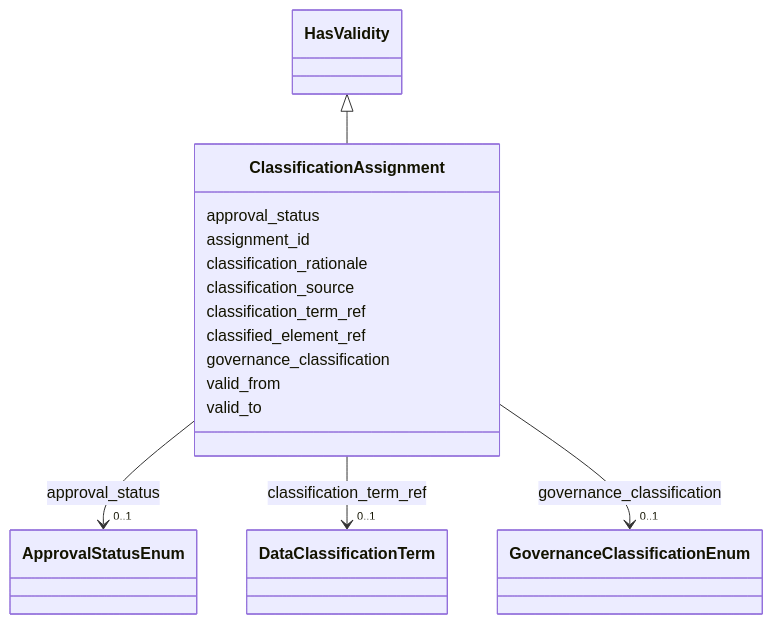
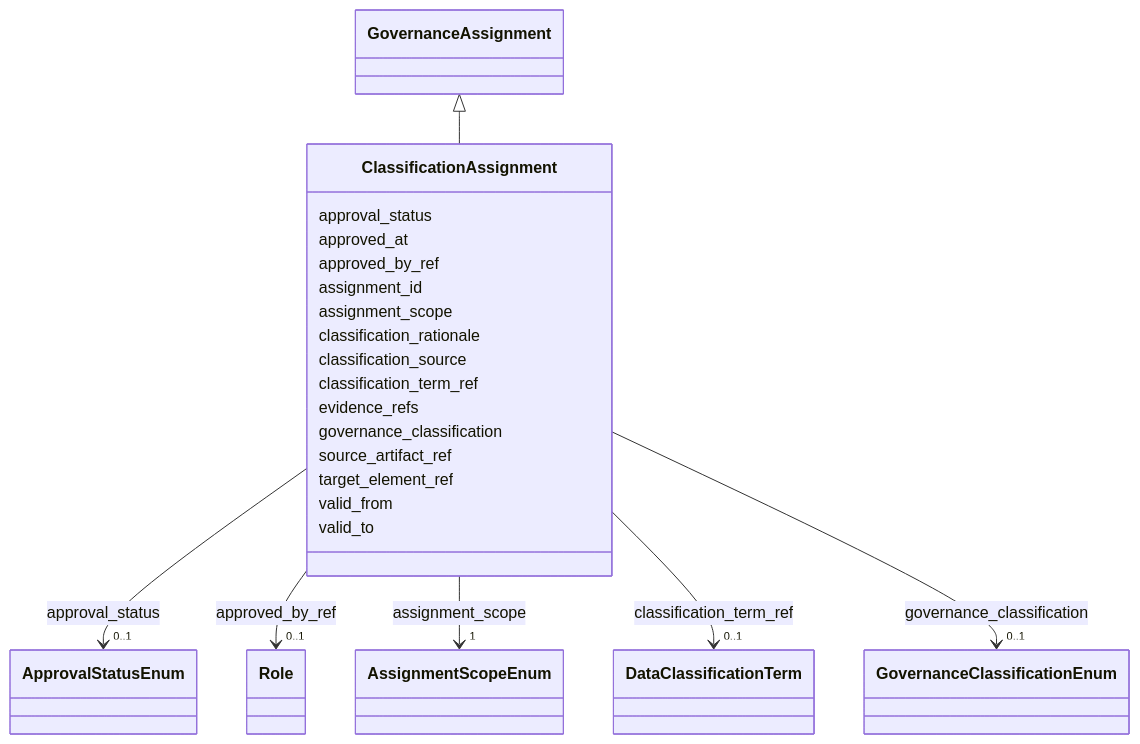
One commit to oista/moex-data-model changed the diagram in generated/artifacts/moex-dams/0.1/diagrams/ClassificationAssignment.md. Above: the diagram before and after it, drawn with Mermaid. The commit also changed 26 other files, not shown here.

First line of the commit message:
chore(generated): regenerate DAMS artifacts for schema 5.0.0 (ADR-049)

````diff
--- a/generated/artifacts/moex-dams/0.1/diagrams/ClassificationAssignment.md
+++ b/generated/artifacts/moex-dams/0.1/diagrams/ClassificationAssignment.md
@@ -4,54 +4,82 @@
 ```mermaid
  classDiagram
     class ClassificationAssignment
     click ClassificationAssignment href "../ClassificationAssignment"
-      HasValidity <|-- ClassificationAssignment
-        click HasValidity href "../HasValidity"
+      GovernanceAssignment <|-- ClassificationAssignment
+        click GovernanceAssignment href "../GovernanceAssignment"
       
       ClassificationAssignment : approval_status
         
           
     
         
         
         ClassificationAssignment --> "0..1" ApprovalStatusEnum : approval_status
         click ApprovalStatusEnum href "../ApprovalStatusEnum"
     
 
         
+      ClassificationAssignment : approved_at
+        
+      ClassificationAssignment : approved_by_ref
+        
+          
+    
+        
+        
+        ClassificationAssignment --> "0..1" Role : approved_by_ref
+        click Role href "../Role"
+    
+
+        
       ClassificationAssignment : assignment_id
+        
+      ClassificationAssignment : assignment_scope
+        
+          
+    
+        
+        
+        ClassificationAssignment --> "1" AssignmentScopeEnum : assignment_scope
+        click AssignmentScopeEnum href "../AssignmentScopeEnum"
+    
+
         
       ClassificationAssignment : classification_rationale
         
       ClassificationAssignment : classification_source
         
       ClassificationAssignment : classification_term_ref
         
           
     
         
         
         ClassificationAssignment --> "0..1" DataClassificationTerm : classification_term_ref
         click DataClassificationTerm href "../DataClassificationTerm"
     
 
         
-      ClassificationAssignment : classified_element_ref
+      ClassificationAssignment : evidence_refs
         
       ClassificationAssignment : governance_classification
         
           
     
         
         
         ClassificationAssignment --> "0..1" GovernanceClassificationEnum : governance_classification
         click GovernanceClassificationEnum href "../GovernanceClassificationEnum"
     
 
         
+      ClassificationAssignment : source_artifact_ref
+        
+      ClassificationAssignment : target_element_ref
+        
       ClassificationAssignment : valid_from
         
       ClassificationAssignment : valid_to
         
       
 ```
````
